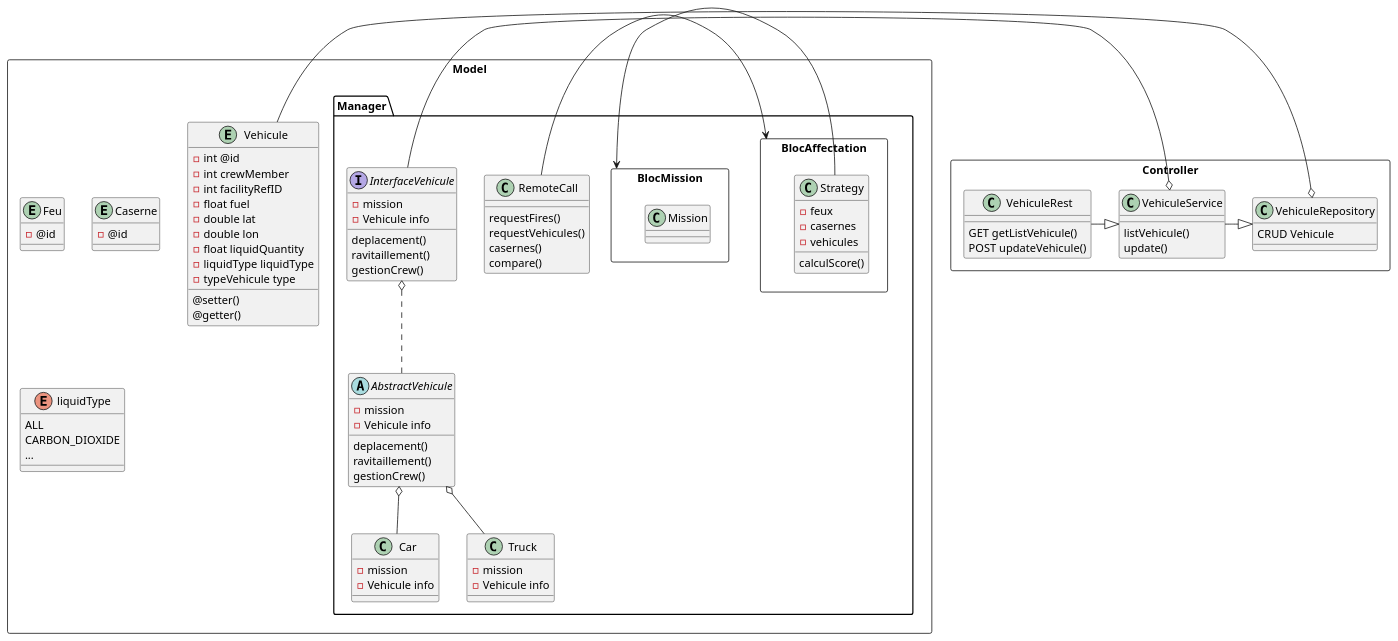
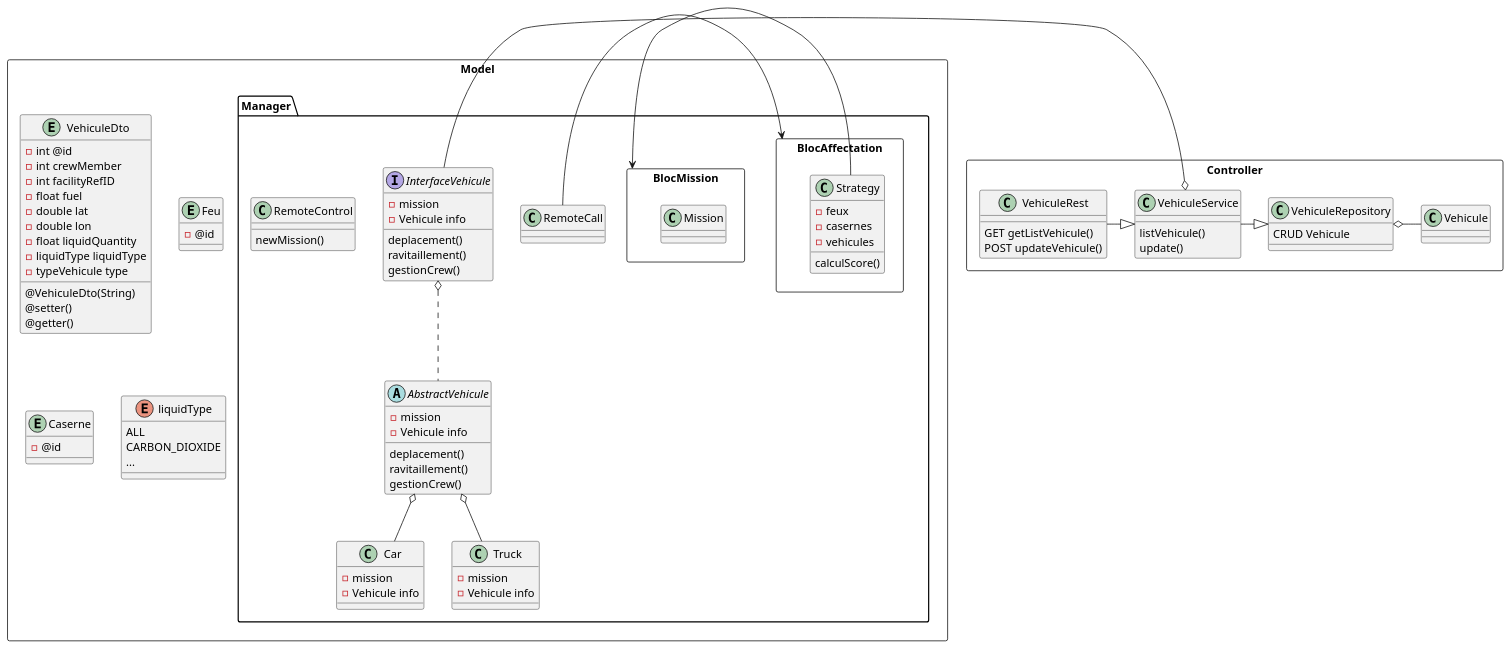
The diagram in architecture.plantuml (Elliot-Garcia/Projet_Majeure), drawn with PlantUML before and after one commit. The commit also changed 1 other file, not shown here.

```diff
--- a/architecture.plantuml
+++ b/architecture.plantuml
@@ -1,116 +1,114 @@
 @startuml
 
 package Model <<Rectangle>> {
-    entity Vehicule {
+    entity VehiculeDto {
       - int @id
       - int crewMember
       - int facilityRefID
       - float fuel
       - double lat
       - double lon
       - float liquidQuantity
       - liquidType liquidType
       - typeVehicule type
 
+        @VehiculeDto(String)
       @setter()
       @getter()
     }
 
     entity Feu {
         - @id
     }
     entity Caserne {
         - @id
     }
 
     enum liquidType {
         ALL
         CARBON_DIOXIDE
         ...
     }
 
     package Manager <<Folder>> {
 
-        class RemoteCall {
-            requestFires()
-            requestVehicules()
-            casernes()
-            compare()
+        class RemoteControl {
+            newMission()
         }
 
         package BlocAffectation <<rectangle>> {
             class Strategy {
                 - feux
                 - casernes
                 - vehicules
                 calculScore()
             }
         }
 
         package BlocMission <<rectangle>> {
             class Mission {
             }
         }
 
         RemoteCall -> BlocAffectation
         Strategy -> BlocMission
 
         interface InterfaceVehicule {
             - mission
             - Vehicule info
             deplacement()
             ravitaillement()
             gestionCrew()
         }
 
         abstract AbstractVehicule {
             - mission
             - Vehicule info
             deplacement()
             ravitaillement()
             gestionCrew()
         }
 
         class Car {
             - mission
             - Vehicule info
         }
         class Truck {
             - mission
             - Vehicule info
         }
 
         InterfaceVehicule o.. AbstractVehicule
         AbstractVehicule o-- Car
         AbstractVehicule o-- Truck
     }
 
 }
 
 package Controller <<Rectangle>> {
 
     class VehiculeRepository {
         CRUD Vehicule
     }
 
     class VehiculeService {
         listVehicule()
         update()
     }
 
     class VehiculeRest {
         GET getListVehicule()
         POST updateVehicule()
     }
 
     VehiculeRest -|> VehiculeService
     VehiculeService -|> VehiculeRepository
 
     VehiculeRepository o- Vehicule
     VehiculeService o- InterfaceVehicule
 
 }
 
 
 
 @enduml
```
